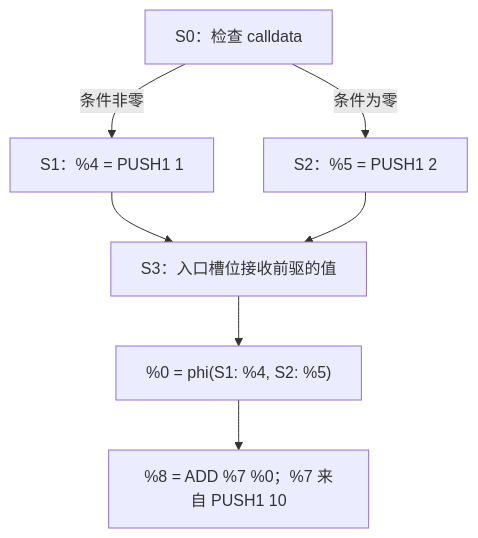
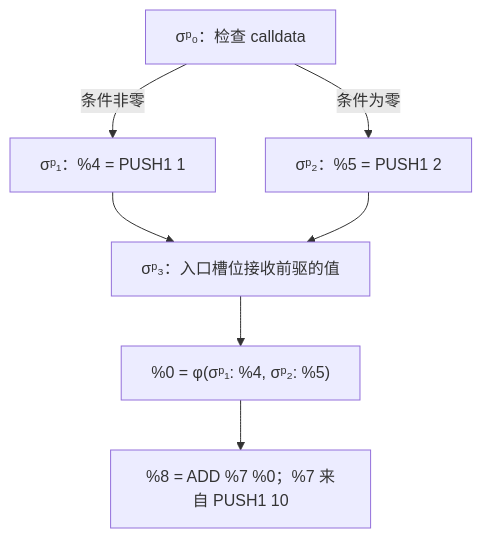
Before and after one commit to ethever/evm-abstract-lab: the first of 2 diagrams in docs/04-ssa.md, drawn with Mermaid. The commit also changed other lines of this file and 109 other files, not shown here.

````diff
--- a/docs/04-ssa.md
+++ b/docs/04-ssa.md
@@ -65,9 +65,9 @@
 ```mermaid
 flowchart TD
-    A["S0：检查 calldata"] -->|条件非零| B["S1：%4 = PUSH1 1"]
-    A -->|条件为零| C["S2：%5 = PUSH1 2"]
-    B --> D["S3：入口槽位接收前驱的值"]
+    A["σᵖ₀：检查 calldata"] -->|条件非零| B["σᵖ₁：%4 = PUSH1 1"]
+    A -->|条件为零| C["σᵖ₂：%5 = PUSH1 2"]
+    B --> D["σᵖ₃：入口槽位接收前驱的值"]
     C --> D
-    D --> E["%0 = phi(S1: %4, S2: %5)"]
+    D --> E["%0 = φ(σᵖ₁: %4, σᵖ₂: %5)"]
     E --> F["%8 = ADD %7 %0；%7 来自 PUSH1 10"]
 ```
````
